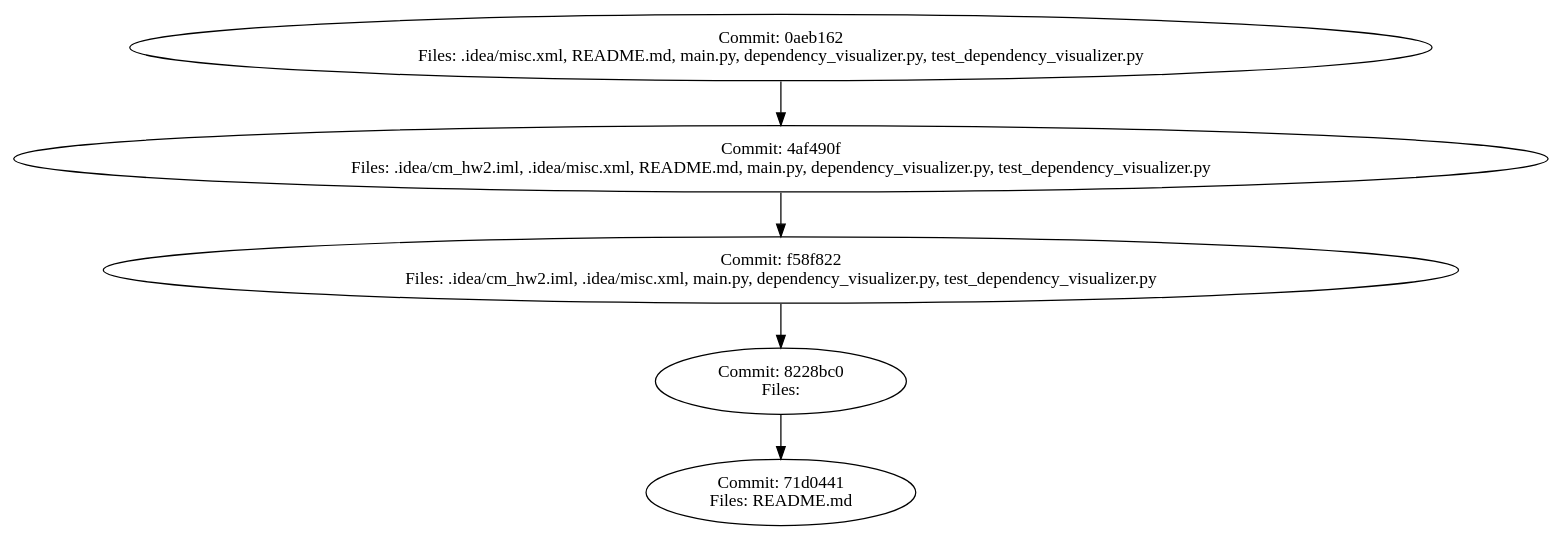
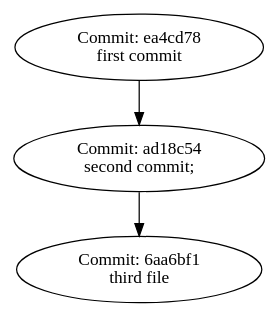
One commit to miklrz/cm_hw2 changed the diagram in README.md. Above: the diagram before and after it, drawn with Graphviz. The commit also changed other lines of this file and 1 other file, not shown here.

Commit message:
fix readme for git repository parsing functions

````diff
--- a/README.md
+++ b/README.md
@@ -89,14 +88,12 @@
 ```dot
-digraph G {                              
-  "71d0441" [label="Commit: 71d0441\nFiles: README.md"];
-  "8228bc0" -> "71d0441";
-  "8228bc0" [label="Commit: 8228bc0\nFiles: "];
-  "f58f822" -> "8228bc0";
-  "f58f822" [label="Commit: f58f822\nFiles: .idea/cm_hw2.iml, .idea/misc.xml, main.py, dependency_visualizer.py, test_dependency_visualizer.py"];
-  "4af490f" -> "f58f822";
-  "4af490f" [label="Commit: 4af490f\nFiles: .idea/cm_hw2.iml, .idea/misc.xml, README.md, main.py, dependency_visualizer.py, test_dependency_visualizer.py"];
-  "0aeb162" -> "4af490f";
-  "0aeb162" [label="Commit: 0aeb162\nFiles: .idea/misc.xml, README.md, main.py, dependency_visualizer.py, test_dependency_visualizer.py"];
+digraph G {
+  "6aa6bf1" [label="Commit: 6aa6bf1
+third file"]
+  "ad18c54" -> "6aa6bf1";
+  "ad18c54" [label="Commit: ad18c54
+second commit;"]
+  "ea4cd78" -> "ad18c54";
+  "ea4cd78" [label="Commit: ea4cd78
+first commit"]
 }
-
 ```
````
